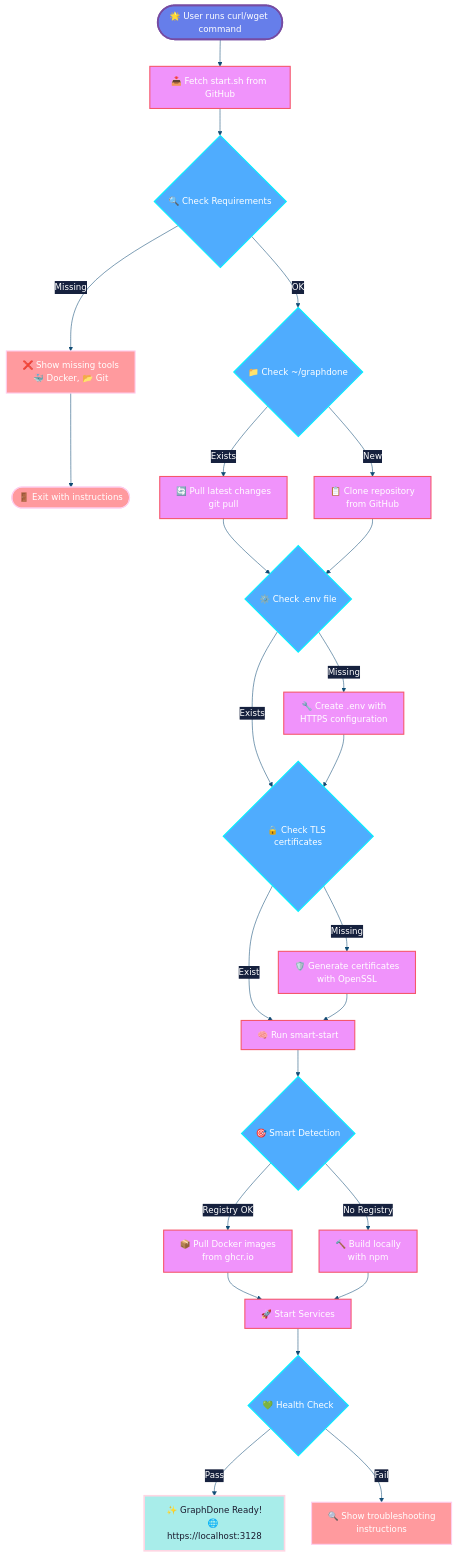
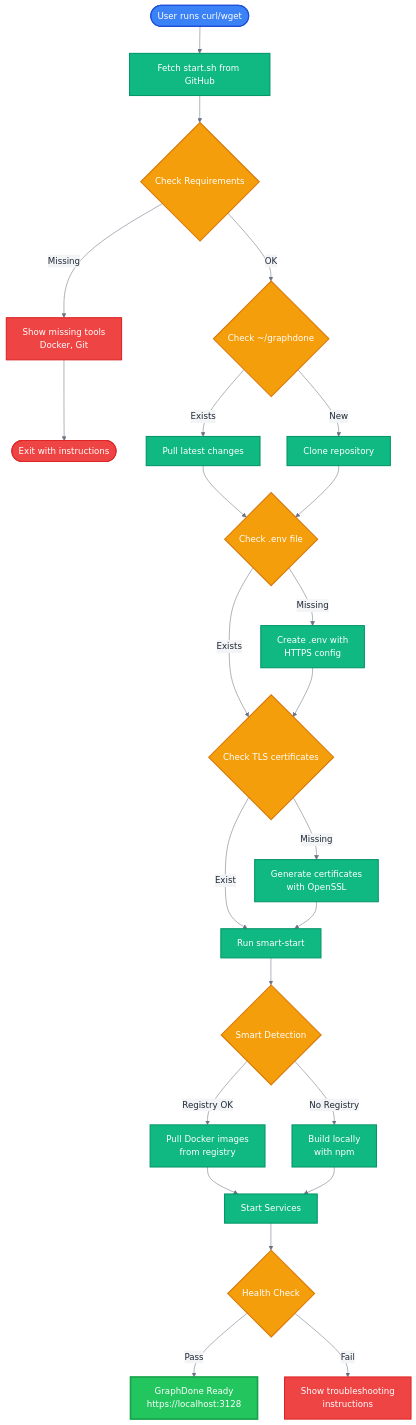
Before and after one commit to GraphDone/GraphDone-Core: the first of 6 diagrams in docs/installation-flow.md, drawn with Mermaid. The commit also changed other lines of this file, not shown here.

First line of the commit message:
🎨 Complete professional redesign of all Mermaid diagrams

````diff
--- a/docs/installation-flow.md
+++ b/docs/installation-flow.md
@@ -5,68 +5,68 @@
 ```mermaid
 %%{init: {
   'theme': 'base',
   'themeVariables': {
-    'primaryColor': '#1a1a2e',
-    'primaryTextColor': '#ffffff',
-    'primaryBorderColor': '#16213e',
-    'lineColor': '#0f4c75',
-    'secondaryColor': '#16213e',
-    'tertiaryColor': '#0f4c75',
-    'background': '#0d1421',
-    'mainBkg': '#1a1a2e',
-    'secondBkg': '#16213e',
-    'tertiaryBkg': '#0f4c75'
+    'primaryColor': '#FFFFFF',
+    'primaryTextColor': '#1F2937',
+    'primaryBorderColor': '#9CA3AF',
+    'lineColor': '#6B7280',
+    'secondaryColor': '#F3F4F6',
+    'tertiaryColor': '#E5E7EB',
+    'background': '#FFFFFF',
+    'mainBkg': '#FFFFFF',
+    'secondBkg': '#F9FAFB',
+    'tertiaryBkg': '#F3F4F6',
+    'clusterBkg': '#F9FAFB'
   }
 }}%%
 
 flowchart TD
-    Start([🌟 User runs curl/wget command]) --> FetchScript[📥 Fetch start.sh from GitHub]
-    FetchScript --> CheckReq{🔍 Check Requirements}
+    Start([User runs curl/wget]) --> Fetch[Fetch start.sh from GitHub]
+    Fetch --> CheckReq{Check Requirements}
     
-    CheckReq -->|Missing| ReqError[❌ Show missing tools<br/>🐳 Docker, 📂 Git]
-    CheckReq -->|OK| CheckDir{📁 Check ~/graphdone}
+    CheckReq -->|Missing| ReqError[Show missing tools<br/>Docker, Git]
+    CheckReq -->|OK| CheckDir{Check ~/graphdone}
     
-    ReqError --> Exit([🚪 Exit with instructions])
+    ReqError --> Exit([Exit with instructions])
     
-    CheckDir -->|Exists| Update[🔄 Pull latest changes<br/>git pull]
-    CheckDir -->|New| Clone[📋 Clone repository<br/>from GitHub]
+    CheckDir -->|Exists| Update[Pull latest changes]
+    CheckDir -->|New| Clone[Clone repository]
     
     Update --> CheckEnv
-    Clone --> CheckEnv{⚙️ Check .env file}
+    Clone --> CheckEnv{Check .env file}
     
     CheckEnv -->|Exists| CheckCerts
-    CheckEnv -->|Missing| CreateEnv[🔧 Create .env with<br/>HTTPS configuration]
+    CheckEnv -->|Missing| CreateEnv[Create .env with<br/>HTTPS config]
     
-    CreateEnv --> CheckCerts{🔒 Check TLS certificates}
+    CreateEnv --> CheckCerts{Check TLS certificates}
     
     CheckCerts -->|Exist| RunSmartStart
-    CheckCerts -->|Missing| GenCerts[🛡️ Generate certificates<br/>with OpenSSL]
+    CheckCerts -->|Missing| GenCerts[Generate certificates<br/>with OpenSSL]
     
-    GenCerts --> RunSmartStart[🧠 Run smart-start]
+    GenCerts --> RunSmartStart[Run smart-start]
     
-    RunSmartStart --> SmartDetect{🎯 Smart Detection}
+    RunSmartStart --> SmartDetect{Smart Detection}
     
-    SmartDetect -->|Registry OK| PullImages[📦 Pull Docker images<br/>from ghcr.io]
-    SmartDetect -->|No Registry| LocalBuild[🔨 Build locally<br/>with npm]
+    SmartDetect -->|Registry OK| PullImages[Pull Docker images<br/>from registry]
+    SmartDetect -->|No Registry| LocalBuild[Build locally<br/>with npm]
     
     PullImages --> StartServices
-    LocalBuild --> StartServices[🚀 Start Services]
+    LocalBuild --> StartServices[Start Services]
     
-    StartServices --> CheckHealth{💚 Health Check}
+    StartServices --> CheckHealth{Health Check}
     
-    CheckHealth -->|Pass| Success[✨ GraphDone Ready!<br/>🌐 https://localhost:3128]
-    CheckHealth -->|Fail| ShowLogs[🔍 Show troubleshooting<br/>instructions]
+    CheckHealth -->|Pass| Success[GraphDone Ready<br/>https://localhost:3128]
+    CheckHealth -->|Fail| ShowLogs[Show troubleshooting<br/>instructions]
     
-    classDef startStyle fill:#667eea,stroke:#764ba2,stroke-width:3px,color:#ffffff
-    classDef processStyle fill:#f093fb,stroke:#f5576c,stroke-width:2px,color:#ffffff
-    classDef decisionStyle fill:#4facfe,stroke:#00f2fe,stroke-width:2px,color:#ffffff
-    classDef successStyle fill:#a8edea,stroke:#fed6e3,stroke-width:3px,color:#1a1a2e
-    classDef errorStyle fill:#ff9a9e,stroke:#fecfef,stroke-width:2px,color:#ffffff
-    classDef configStyle fill:#ffecd2,stroke:#fcb69f,stroke-width:2px,color:#1a1a2e
+    classDef startNode fill:#3B82F6,stroke:#1D4ED8,stroke-width:2px,color:#FFFFFF
+    classDef processNode fill:#10B981,stroke:#059669,stroke-width:2px,color:#FFFFFF
+    classDef decisionNode fill:#F59E0B,stroke:#D97706,stroke-width:2px,color:#FFFFFF
+    classDef errorNode fill:#EF4444,stroke:#DC2626,stroke-width:2px,color:#FFFFFF
+    classDef successNode fill:#22C55E,stroke:#16A34A,stroke-width:3px,color:#FFFFFF
     
-    class Start startStyle
-    class FetchScript,Update,Clone,CreateEnv,GenCerts,RunSmartStart,PullImages,LocalBuild,StartServices processStyle
-    class CheckReq,CheckDir,CheckEnv,CheckCerts,SmartDetect,CheckHealth decisionStyle
-    class Success successStyle
-    class ReqError,Exit,ShowLogs errorStyle
+    class Start startNode
+    class Fetch,Update,Clone,CreateEnv,GenCerts,RunSmartStart,PullImages,LocalBuild,StartServices processNode
+    class CheckReq,CheckDir,CheckEnv,CheckCerts,SmartDetect,CheckHealth decisionNode
+    class ReqError,Exit,ShowLogs errorNode
+    class Success successNode
 ```
````
